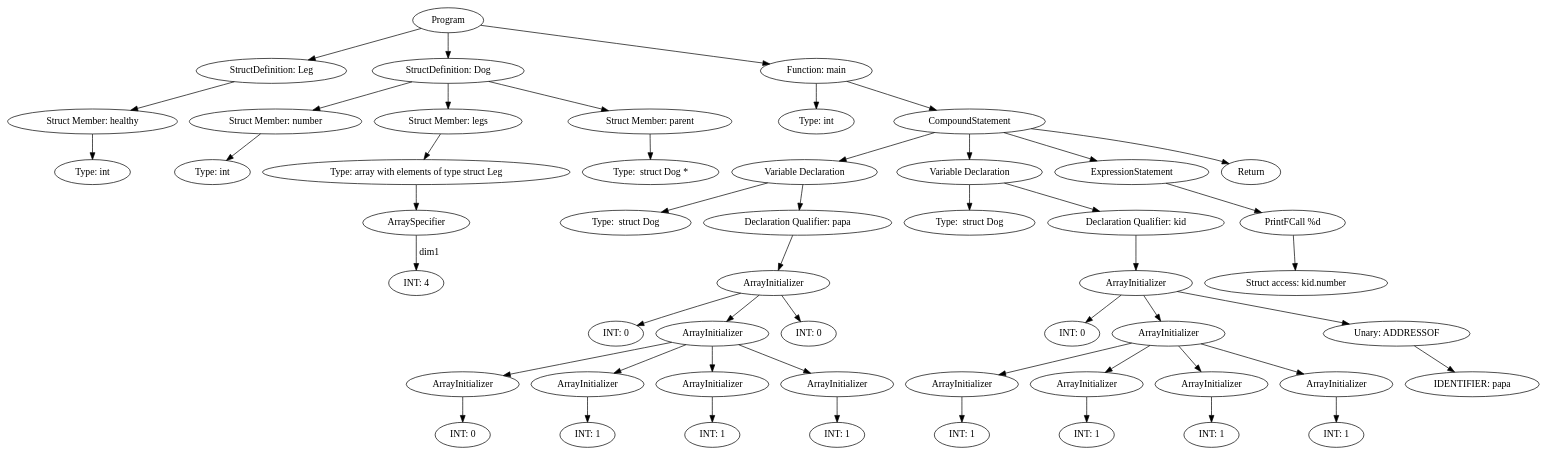
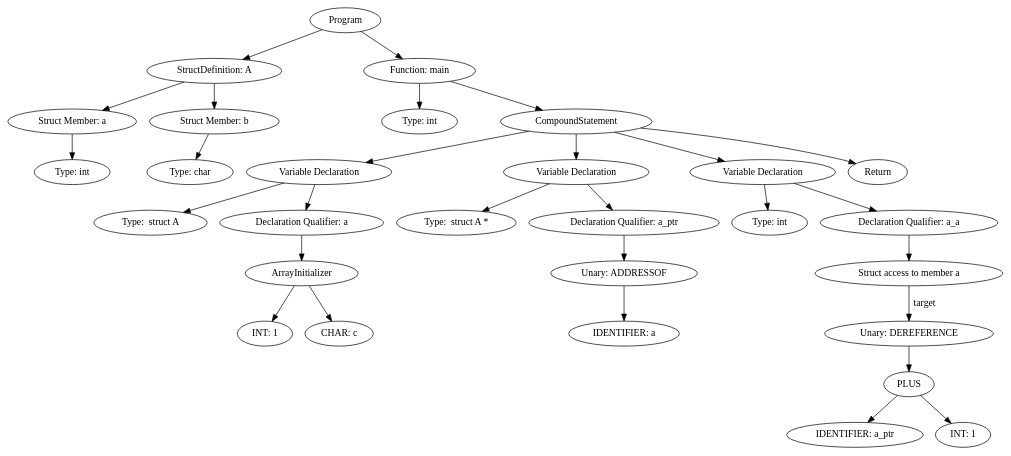
The diagram in output/in_AST.dot (ArneDePeuter/UA-2024-Compiler), drawn with Graphviz before and after one commit. The commit also changed 18 other files, not shown here.

Commit message:
FEAT: struct access as expression

```diff
--- a/output/in_AST.dot
+++ b/output/in_AST.dot
@@ -1,103 +1,59 @@
 digraph ExpressionGraph {
-4336702224 [label="Program"];
-4336702224 -> 4336706640;
-4336706640 [label="StructDefinition: Leg"];
-4336700752 [label="Struct Member: healthy"];
-4336700688 [label="Type: int "];
-4336700752 -> 4336700688;
-4336706640 -> 4336700752;
-4336702224 -> 4336702160;
-4336702160 [label="StructDefinition: Dog"];
-4336702096 [label="Struct Member: number"];
-4336698448 [label="Type: int "];
-4336702096 -> 4336698448;
-4336702160 -> 4336702096;
-4336703504 [label="Struct Member: legs"];
-4335736528 [label="ArraySpecifier"];
-4336703696 [label="INT: 4"];
-4335736528 -> 4336703696 [label="dim1"];
-4336703440 [label="Type: array with elements of type struct Leg "];
-4336703440 -> 4335736528;
-4336703504 -> 4336703440;
-4336702160 -> 4336703504;
-4336700496 [label="Struct Member: parent"];
-4336702928 [label="Type:  struct Dog *"];
-4336700496 -> 4336702928;
-4336702160 -> 4336700496;
-4336702224 -> 4336697488;
-4336697488 [label="Function: main"];
-4336697488 -> 4336702352;
-4336702352 [label="Type: int "];
-4336697488 -> 4336396304;
-4336396304 [label="CompoundStatement"];
-4336396304 -> 4336712080;
-4336712080 [label="Variable Declaration"];
-4336712080 -> 4336711120;
-4336711120 [label="Type:  struct Dog "];
-4336712080 -> 4336712016;
-4336712016 [label="Declaration Qualifier: papa"];
-4336712016 -> 4336711952;
-4336711952 [label="ArrayInitializer"];
-4336711248 [label="INT: 0"];
-4336711952 -> 4336711248;
-4336711824 [label="ArrayInitializer"];
-4336700176 [label="ArrayInitializer"];
-4336710160 [label="INT: 0"];
-4336700176 -> 4336710160;
-4336711824 -> 4336700176;
-4336711376 [label="ArrayInitializer"];
-4336709264 [label="INT: 1"];
-4336711376 -> 4336709264;
-4336711824 -> 4336711376;
-4336711568 [label="ArrayInitializer"];
-4336711504 [label="INT: 1"];
-4336711568 -> 4336711504;
-4336711824 -> 4336711568;
-4336711760 [label="ArrayInitializer"];
-4336711696 [label="INT: 1"];
-4336711760 -> 4336711696;
-4336711824 -> 4336711760;
-4336711952 -> 4336711824;
-4336711888 [label="INT: 0"];
-4336711952 -> 4336711888;
-4336396304 -> 4336861392;
-4336861392 [label="Variable Declaration"];
-4336861392 -> 4336712144;
-4336712144 [label="Type:  struct Dog "];
-4336861392 -> 4336861328;
-4336861328 [label="Declaration Qualifier: kid"];
-4336861328 -> 4336861264;
-4336861264 [label="ArrayInitializer"];
-4336712528 [label="INT: 0"];
-4336861264 -> 4336712528;
-4336713424 [label="ArrayInitializer"];
-4336712784 [label="ArrayInitializer"];
-4336712720 [label="INT: 1"];
-4336712784 -> 4336712720;
-4336713424 -> 4336712784;
-4336712976 [label="ArrayInitializer"];
-4336712912 [label="INT: 1"];
-4336712976 -> 4336712912;
-4336713424 -> 4336712976;
-4336713168 [label="ArrayInitializer"];
-4336713104 [label="INT: 1"];
-4336713168 -> 4336713104;
-4336713424 -> 4336713168;
-4336713360 [label="ArrayInitializer"];
-4336713296 [label="INT: 1"];
-4336713360 -> 4336713296;
-4336713424 -> 4336713360;
-4336861264 -> 4336713424;
-4336713616 [label="Unary: ADDRESSOF"];
-4336713616 -> 4336713552;
-4336713552 [label="IDENTIFIER: papa"];
-4336861264 -> 4336713616;
-4336396304 -> 4336861648;
-4336861648 [label="ExpressionStatement"];
-4336861648 -> 4336861584;
-4336861584 [label="PrintFCall %d"];
-4336861584 -> 4336861520;
-4336861520 [label="Struct access: kid.number"];
-4336396304 -> 4336861712;
-4336861712 [label="Return"];
+4546242128 [label="Program"];
+4546242128 -> 4546555728;
+4546555728 [label="StructDefinition: A"];
+4546556880 [label="Struct Member: a"];
+4546553104 [label="Type: int "];
+4546556880 -> 4546553104;
+4546555728 -> 4546556880;
+4546553040 [label="Struct Member: b"];
+4546556816 [label="Type: char "];
+4546553040 -> 4546556816;
+4546555728 -> 4546553040;
+4546242128 -> 4546552720;
+4546552720 [label="Function: main"];
+4546552720 -> 4546552848;
+4546552848 [label="Type: int "];
+4546552720 -> 4546242768;
+4546242768 [label="CompoundStatement"];
+4546242768 -> 4546551760;
+4546551760 [label="Variable Declaration"];
+4546551760 -> 4546553936;
+4546553936 [label="Type:  struct A "];
+4546551760 -> 4546551824;
+4546551824 [label="Declaration Qualifier: a"];
+4546551824 -> 4546555152;
+4546555152 [label="ArrayInitializer"];
+4546552016 [label="INT: 1"];
+4546555152 -> 4546552016;
+4546555344 [label="CHAR: c"];
+4546555152 -> 4546555344;
+4546242768 -> 4546559376;
+4546559376 [label="Variable Declaration"];
+4546559376 -> 4546551504;
+4546551504 [label="Type:  struct A *"];
+4546559376 -> 4546557584;
+4546557584 [label="Declaration Qualifier: a_ptr"];
+4546557584 -> 4546549392;
+4546549392 [label="Unary: ADDRESSOF"];
+4546549392 -> 4546551312;
+4546551312 [label="IDENTIFIER: a"];
+4546242768 -> 4546557392;
+4546557392 [label="Variable Declaration"];
+4546557392 -> 4546559120;
+4546559120 [label="Type: int "];
+4546557392 -> 4546557648;
+4546557648 [label="Declaration Qualifier: a_a"];
+4546557648 -> 4546558928;
+4546558928 [label="Struct access to member a"];
+4546558416 [label="Unary: DEREFERENCE"];
+4546558416 -> 4546558096;
+4546558096 [label="PLUS"];
+4546558096 -> 4546558224;
+4546558096 -> 4546558160;
+4546558224 [label="IDENTIFIER: a_ptr"];
+4546558160 [label="INT: 1"];
+4546558928 -> 4546558416 [label="target"];
+4546242768 -> 4546550736;
+4546550736 [label="Return"];
 }
```
